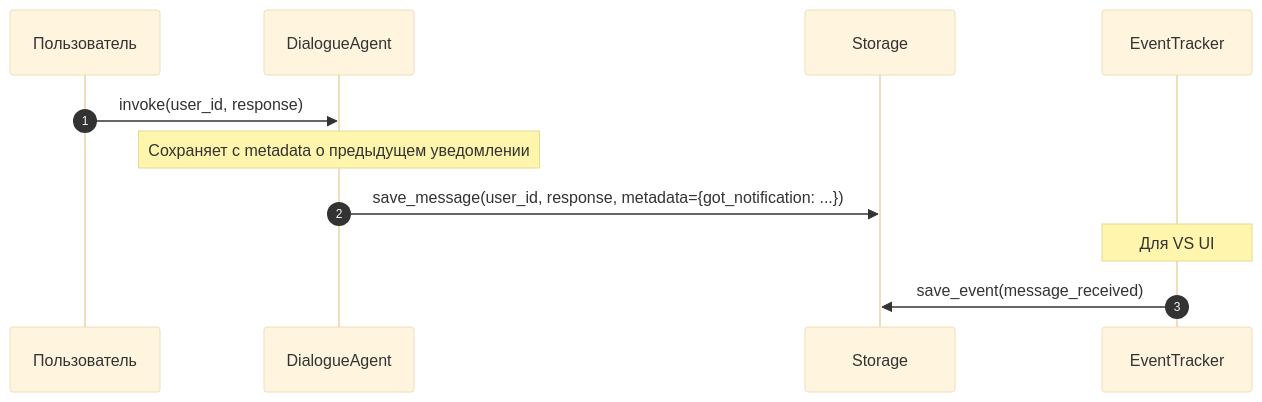
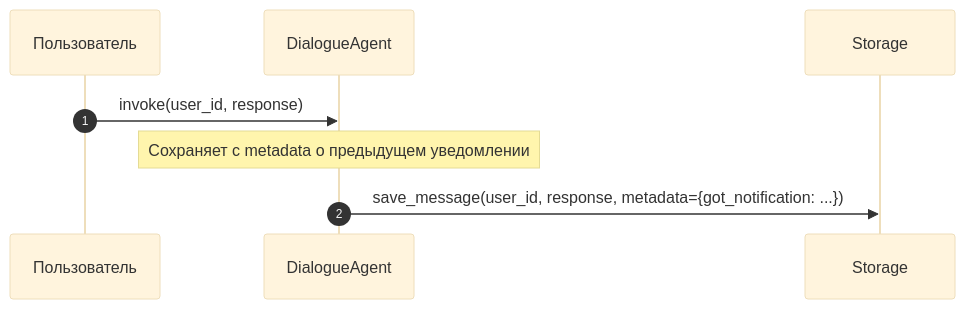
The seventh of 13 diagrams in 00_docs/architecture/runtime_architecture.md (Dieugene/team-assistant), drawn with Mermaid (base theme) before and after one commit. The commit also changed other lines of this file, not shown here.

First line of the commit message:
Refine runtime architecture

````diff
--- a/00_docs/architecture/runtime_architecture.md
+++ b/00_docs/architecture/runtime_architecture.md
@@ -349,16 +314,12 @@
 ```mermaid
 sequenceDiagram
     autonumber
     participant User as Пользователь
     participant DA as DialogueAgent
     participant Storage as Storage
-    participant ET as EventTracker
 
     User->>DA: invoke(user_id, response)
 
     Note over DA: Сохраняет с metadata о предыдущем уведомлении
     DA->>Storage: save_message(user_id, response, metadata={got_notification: ...})
-
-    Note over ET: Для VS UI
-    ET->>Storage: save_event(message_received)
 ```
````
